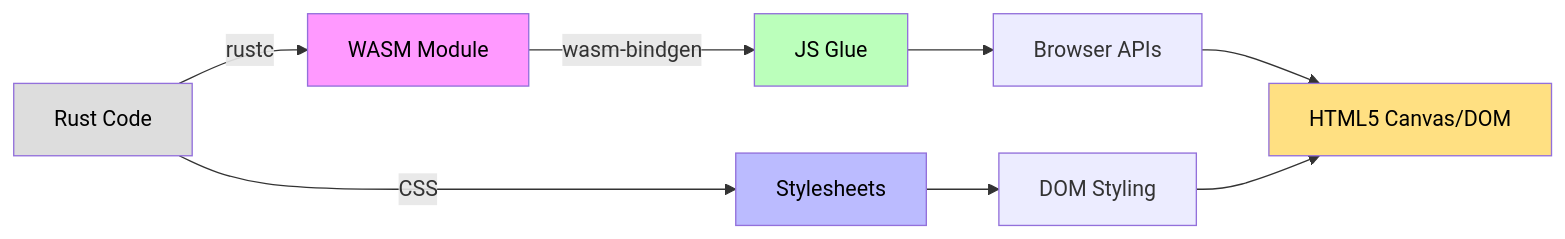
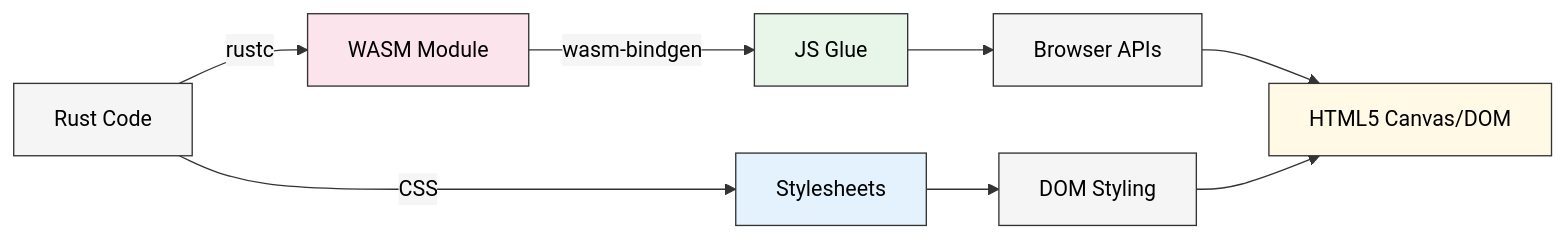
The first of 5 diagrams in wiki/Frontend-Architecture.md (sw-game-dev/game-mcp-poc), drawn with Mermaid before and after one commit. The commit also changed other lines of this file and 6 other files, not shown here.

First line of the commit message:
fix: Improve mermaid diagram contrast with theme and lighter colors

````diff
--- a/wiki/Frontend-Architecture.md
+++ b/wiki/Frontend-Architecture.md
@@ -7,16 +7,17 @@
 ```mermaid
+%%{init: {'theme':'base', 'themeVariables': {'primaryColor':'#f5f5f5','primaryTextColor':'#000','primaryBorderColor':'#333','lineColor':'#333','secondaryColor':'#f5f5f5','tertiaryColor':'#f5f5f5'}}}%%
 graph LR
     A[Rust Code] -->|rustc| B[WASM Module]
     A -->|CSS| C[Stylesheets]
     B -->|wasm-bindgen| D[JS Glue]
     D --> E[Browser APIs]
     C --> F[DOM Styling]
     E --> G[HTML5 Canvas/DOM]
     F --> G
 
-    style A fill:#ddd,color:#000
-    style B fill:#f9f,color:#000
-    style C fill:#bbf,color:#000
-    style D fill:#bfb,color:#000
-    style G fill:#ffe082,color:#000
+    style A fill:#f5f5f5,color:#000
+    style B fill:#fce4ec,color:#000
+    style C fill:#e3f2fd,color:#000
+    style D fill:#e8f5e9,color:#000
+    style G fill:#fff9e6,color:#000
 ```
````
